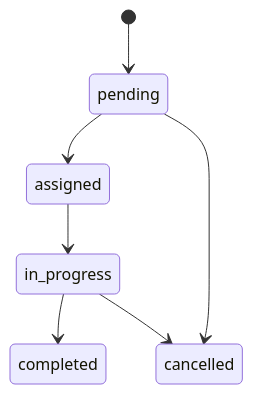
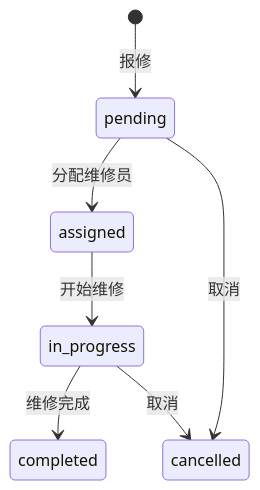
Before and after one commit to choisaaaaa/IoT_Smart_Hotel_System: diagram 11 of 12 in docs/database_er_diagram.md, drawn with Mermaid. The commit also changed other lines of this file, not shown here.

Commit message:
docs(database): 更新数据库ER图中关系描述为中文

````diff
--- a/docs/database_er_diagram.md
+++ b/docs/database_er_diagram.md
@@ -563,9 +447,9 @@
 ```mermaid
 stateDiagram-v2
-    [*] --> pending
-    pending --> assigned
-    pending --> cancelled
-    assigned --> in_progress
-    in_progress --> completed
-    in_progress --> cancelled
+    [*] --> pending: 报修
+    pending --> assigned: 分配维修员
+    pending --> cancelled: 取消
+    assigned --> in_progress: 开始维修
+    in_progress --> completed: 维修完成
+    in_progress --> cancelled: 取消
 ```
````
